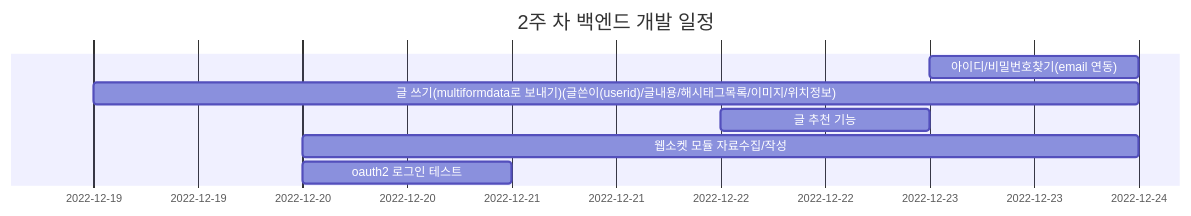
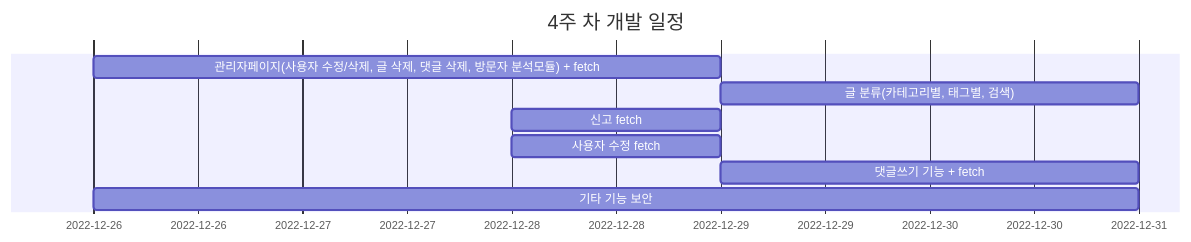
Before and after one commit to TEAM-ACO/.github: the diagram in profile/README.md, drawn with Mermaid. The commit also changed other lines of this file, not shown here.

````diff
--- a/profile/README.md
+++ b/profile/README.md
@@ -1,11 +1,12 @@
 ```mermaid
 gantt
-    title 2주 차 백엔드 개발 일정
+    title 4주 차 개발 일정
     dateFormat  YYYY-MM-DD
     
-    아이디/비밀번호찾기(email 연동)           :a1,  2022-12-23, 1d
-    글 쓰기(multiformdata로 보내기)(글쓴이(userid)/글내용/해시태그목록/이미지/위치정보) : a1, 2022-12-19, 5d
-    글 추천 기능 : a1, 2022-12-22, 1d
-    웹소켓 모듈 자료수집/작성: a1, 2022-12-20, 4d
-    oauth2 로그인 테스트 :a1, 2022-12-20, 1d
+    관리자페이지(사용자 수정/삭제, 글 삭제, 댓글 삭제, 방문자 분석모듈) + fetch           :a1,  2022-12-26, 3d
+    글 분류(카테고리별, 태그별, 검색) : a1, 2022-12-29, 2d
+    신고 fetch : a1, 2022-12-28, 1d
+    사용자 수정 fetch: a1, 2022-12-28, 1d
+    댓글쓰기 기능 + fetch :a1, 2022-12-29, 2d
+    기타 기능 보안 : a1, 2022-12-26, 5d
 ```    
````
